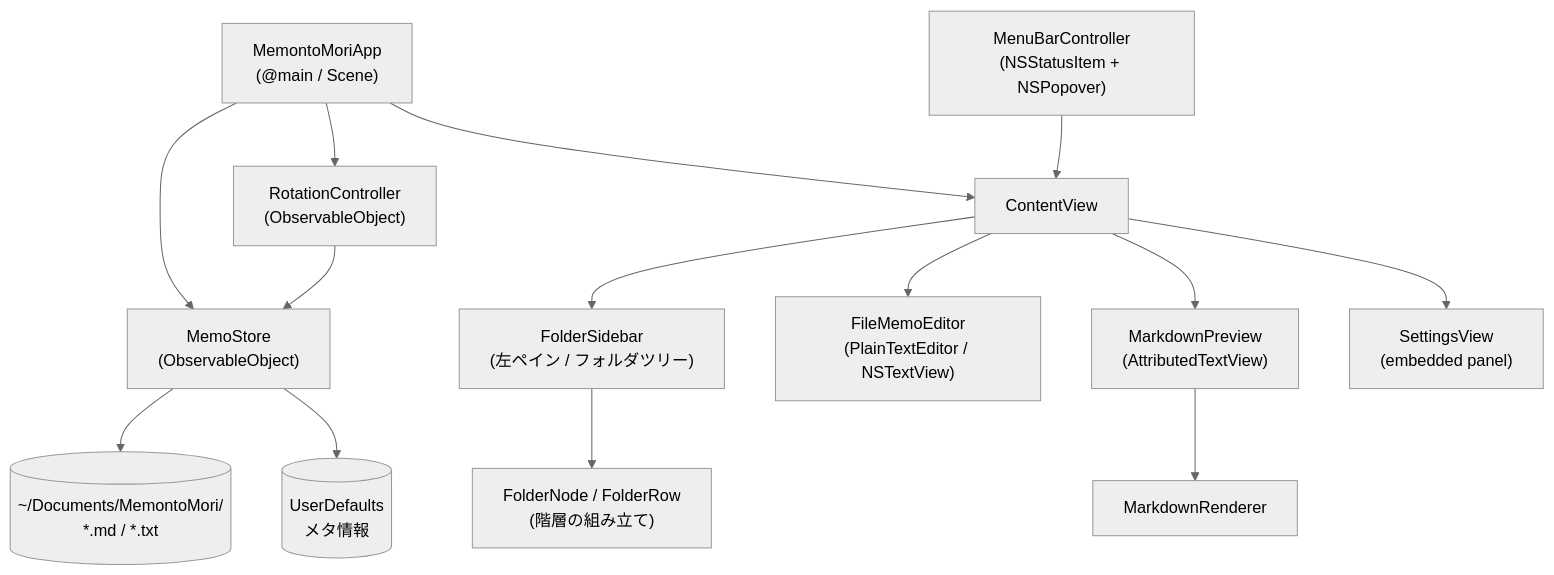
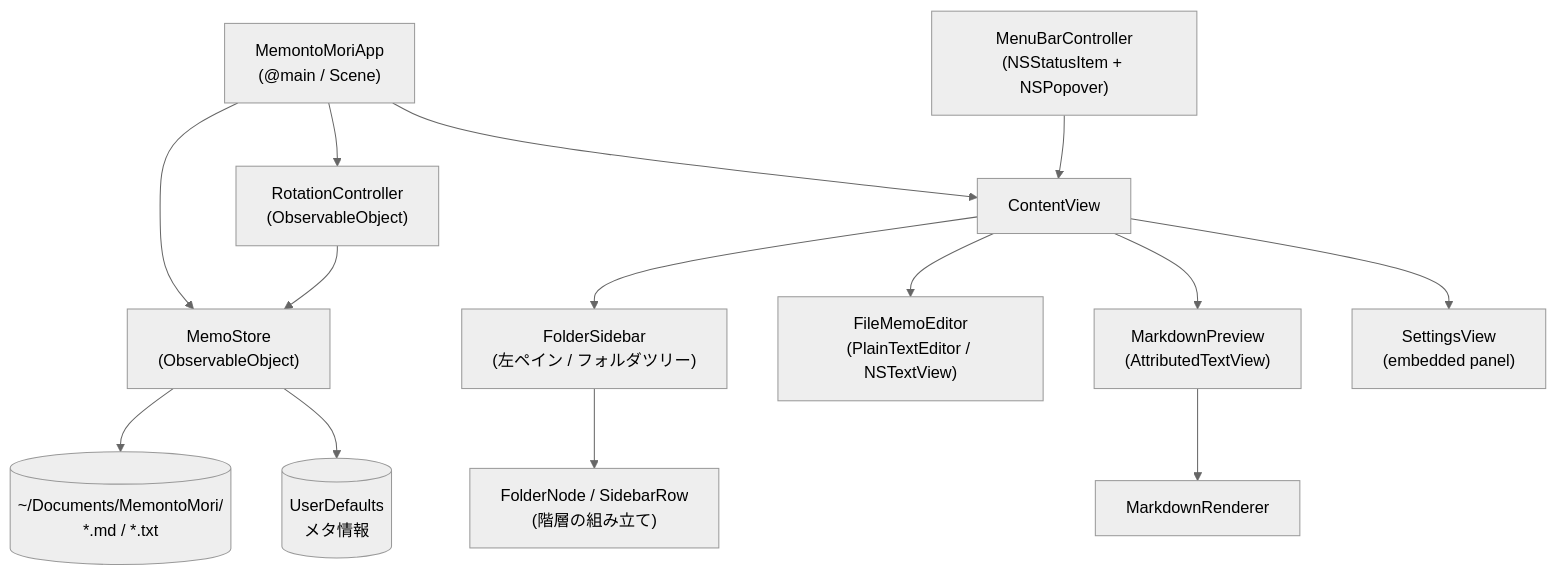
One commit to kimi8-lapi16/MemontoMori changed the first of 2 diagrams in docs/architecture.md. Above: the diagram before and after it, drawn with Mermaid (neutral theme). The commit also changed other lines of this file and 9 other files, not shown here.

````diff
--- a/docs/architecture.md
+++ b/docs/architecture.md
@@ -15,19 +15,19 @@
 ```mermaid
 graph TD
     App["MemontoMoriApp<br/>(@main / Scene)"] --> Store["MemoStore<br/>(ObservableObject)"]
     App --> Rotation["RotationController<br/>(ObservableObject)"]
     Rotation --> Store
     App --> CV["ContentView"]
 
     CV --> Sidebar["FolderSidebar<br/>(左ペイン / フォルダツリー)"]
     CV --> Editor["FileMemoEditor<br/>(PlainTextEditor / NSTextView)"]
     CV --> Preview["MarkdownPreview<br/>(AttributedTextView)"]
     CV --> Settings["SettingsView<br/>(embedded panel)"]
 
-    Sidebar --> Tree["FolderNode / FolderRow<br/>(階層の組み立て)"]
+    Sidebar --> Tree["FolderNode / SidebarRow<br/>(階層の組み立て)"]
 
     Preview --> MR["MarkdownRenderer"]
     Store --> FS[("~/Documents/MemontoMori/<br/>*.md / *.txt")]
     Store --> UD[("UserDefaults<br/>メタ情報")]
     Menu["MenuBarController<br/>(NSStatusItem + NSPopover)"] --> CV
 ```
````
